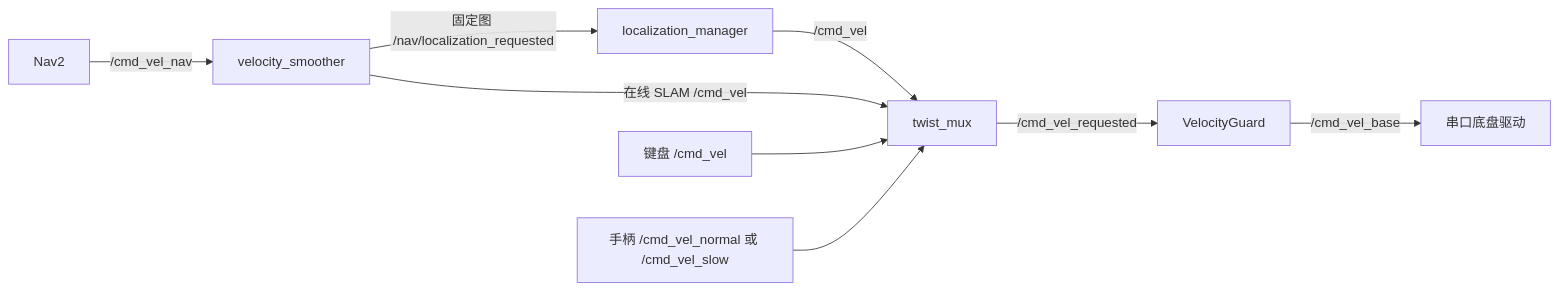
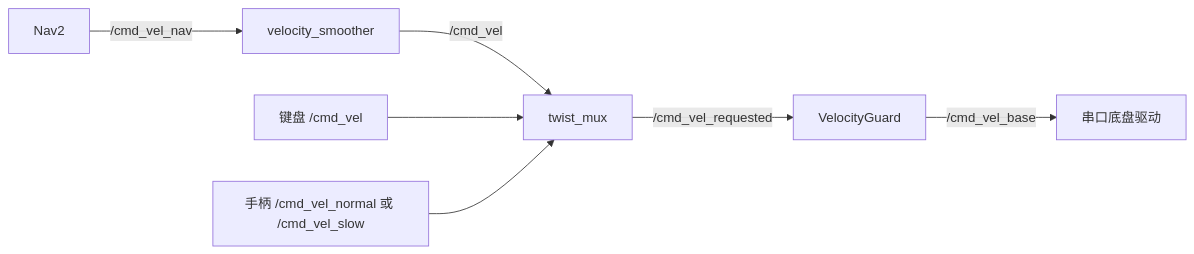
The diagram in README_DEVELOPMENT.md (TH1RT3EN-LI/duojin02), drawn with Mermaid before and after one commit. The commit also changed other lines of this file and 53 other files, not shown here.

````diff
--- a/README_DEVELOPMENT.md
+++ b/README_DEVELOPMENT.md
@@ -23,11 +23,9 @@
 ```mermaid
 flowchart LR
     N[Nav2] -->|/cmd_vel_nav| S[velocity_smoother]
-    S -->|固定图 /nav/localization_requested| L[localization_manager]
-    L -->|/cmd_vel| M[twist_mux]
-    S -->|在线 SLAM /cmd_vel| M
+    S -->|/cmd_vel| M[twist_mux]
     K[键盘 /cmd_vel] --> M
     J[手柄 /cmd_vel_normal 或 /cmd_vel_slow] --> M
     M -->|/cmd_vel_requested| G[VelocityGuard]
     G -->|/cmd_vel_base| B[串口底盘驱动]
 ```
````
